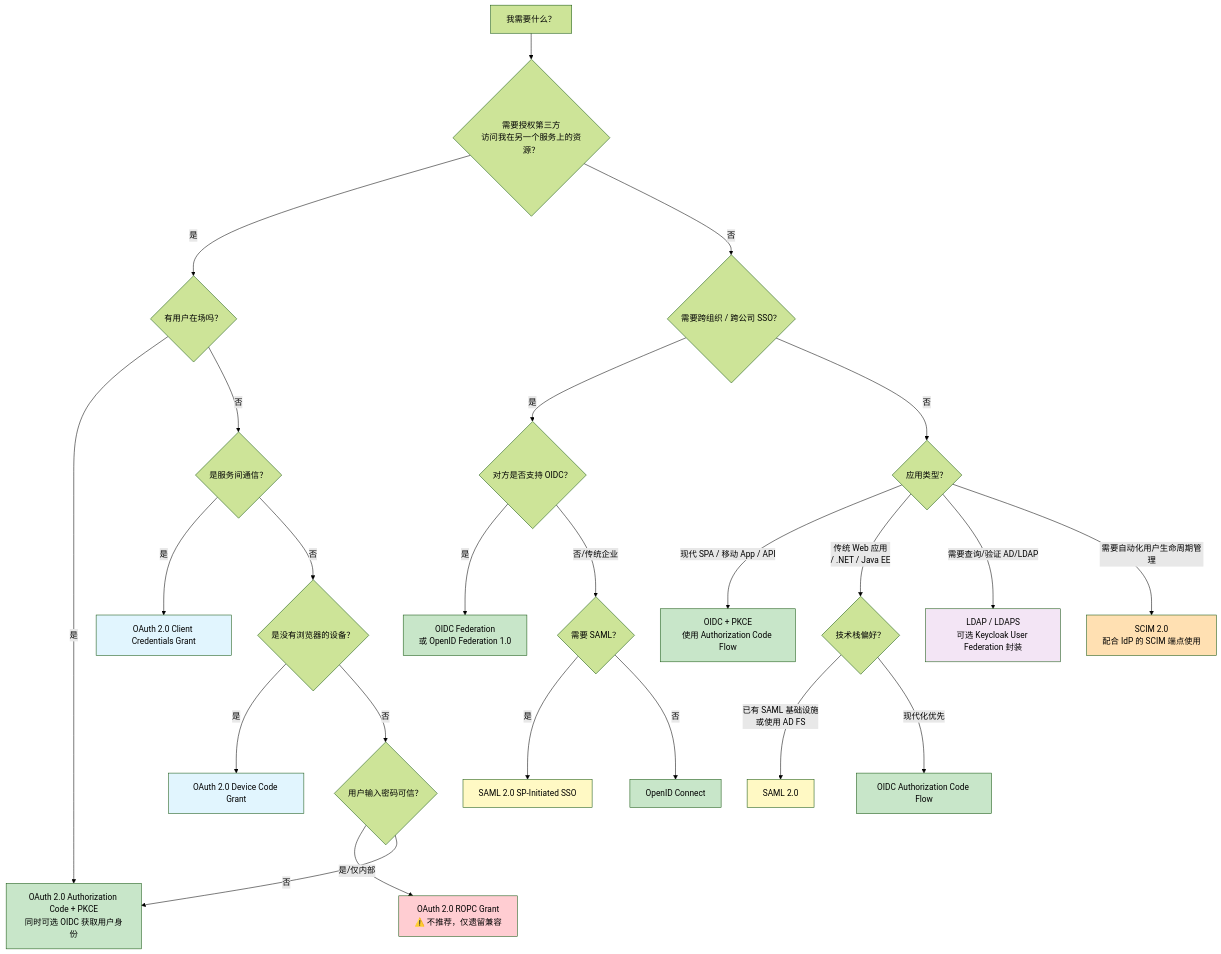
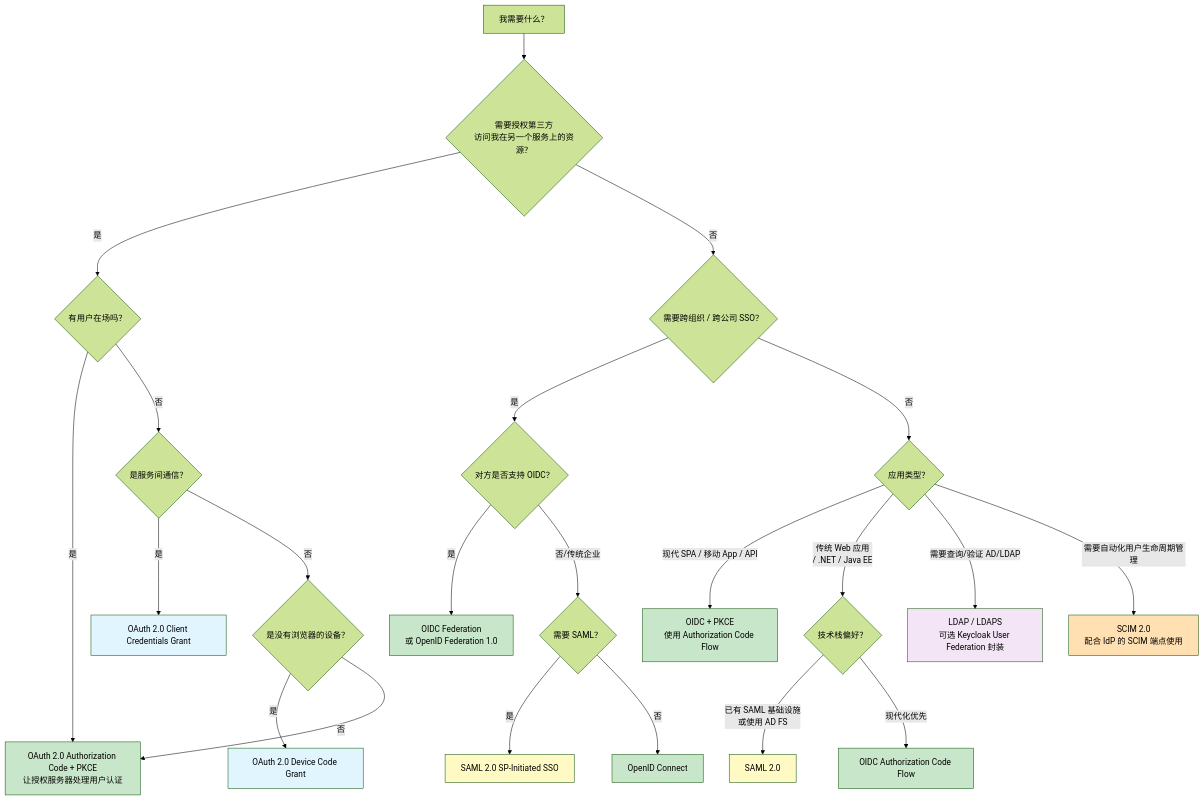
The second of 2 diagrams in content/docs/advanced-topics/iam-protocol-selection-guide.md (l10178/idaas-book), drawn with Mermaid (forest theme) before and after one commit. The commit also changed other lines of this file and 1 other file, not shown here.

First line of the commit message:
docs: remove ROPC from IAM protocol guidance

````diff
--- a/content/docs/advanced-topics/iam-protocol-selection-guide.md
+++ b/content/docs/advanced-topics/iam-protocol-selection-guide.md
@@ -67,40 +67,37 @@
 ```mermaid
 graph TD
     START["我需要什么？"] --> Q1{"需要授权第三方<br/>访问我在另一个服务上的资源？"}
     Q1 -->|是| Q1A{"有用户在场吗？"}
     Q1A -->|是| REC_OAuth_Code["OAuth 2.0 Authorization Code + PKCE<br/>同时可选 OIDC 获取用户身份"]
     Q1A -->|否| Q1B{"是服务间通信？"}
     Q1B -->|是| REC_OAuth_CC["OAuth 2.0 Client Credentials Grant"]
     Q1B -->|否| Q1C{"是没有浏览器的设备？"}
     Q1C -->|是| REC_OAuth_DC["OAuth 2.0 Device Code Grant"]
-    Q1C -->|否| Q1D{"用户输入密码可信？"}
-    Q1D -->|是/仅内部| REC_OAuth_ROPC["OAuth 2.0 ROPC Grant<br/>⚠️ 不推荐，仅遗留兼容"]
-    Q1D -->|否| REC_OAuth_Code
+    Q1C -->|否| REC_OAuth_Code["OAuth 2.0 Authorization Code + PKCE<br/>让授权服务器处理用户认证"]
 
     Q1 -->|否| Q2{"需要跨组织 / 跨公司 SSO？"}
     Q2 -->|是| Q2A{"对方是否支持 OIDC？"}
     Q2A -->|是| REC_OIDC_FED["OIDC Federation<br/>或 OpenID Federation 1.0"]
     Q2A -->|否/传统企业| Q2B{"需要 SAML？"}
     Q2B -->|是| REC_SAML["SAML 2.0 SP-Initiated SSO"]
     Q2B -->|否| REC_OIDC["OpenID Connect"]
     Q2 -->|否| Q3{"应用类型？"}
     Q3 -->|"现代 SPA / 移动 App / API"| REC_OIDC_SPA["OIDC + PKCE<br/>使用 Authorization Code Flow"]
     Q3 -->|"传统 Web 应用<br/>/ .NET / Java EE"| Q3A{"技术栈偏好？"}
     Q3A -->|"已有 SAML 基础设施<br/>或使用 AD FS"| REC_SAML2["SAML 2.0"]
     Q3A -->|"现代化优先"| REC_OIDC_WEB["OIDC Authorization Code Flow"]
     Q3 -->|"需要查询/验证 AD/LDAP"| REC_LDAP["LDAP / LDAPS<br/>可选 Keycloak User Federation 封装"]
     Q3 -->|"需要自动化用户生命周期管理"| REC_SCIM["SCIM 2.0<br/>配合 IdP 的 SCIM 端点使用"]
 
     style REC_OAuth_Code fill:#c8e6c9
     style REC_OIDC fill:#c8e6c9
     style REC_OIDC_SPA fill:#c8e6c9
     style REC_OIDC_WEB fill:#c8e6c9
     style REC_OIDC_FED fill:#c8e6c9
     style REC_SAML fill:#fff9c4
     style REC_SAML2 fill:#fff9c4
     style REC_LDAP fill:#f3e5f5
     style REC_SCIM fill:#ffe0b2
     style REC_OAuth_CC fill:#e1f5fe
     style REC_OAuth_DC fill:#e1f5fe
-    style REC_OAuth_ROPC fill:#ffcdd2
 ```
````
